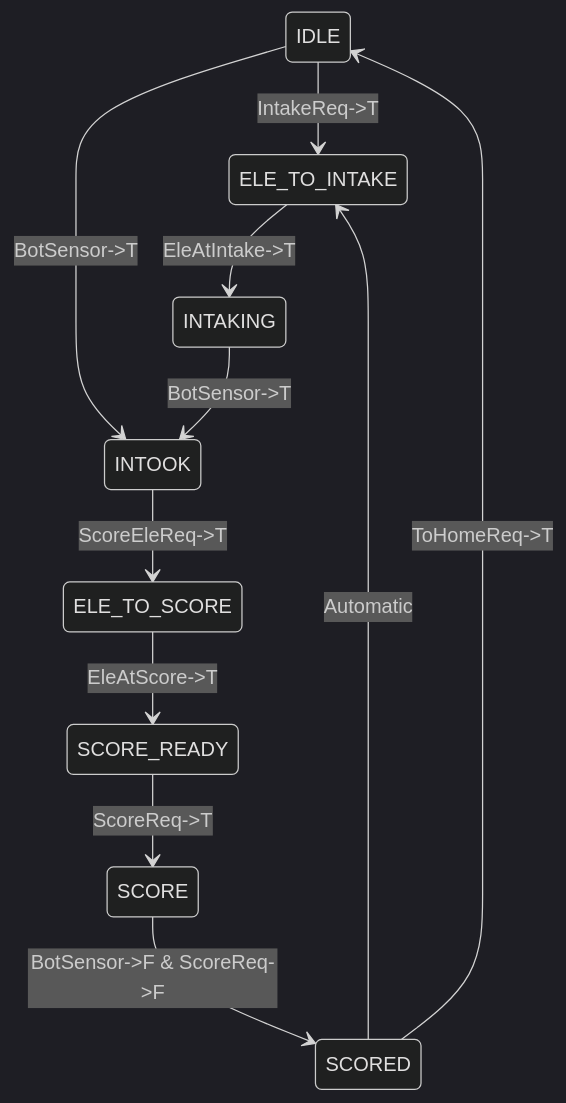
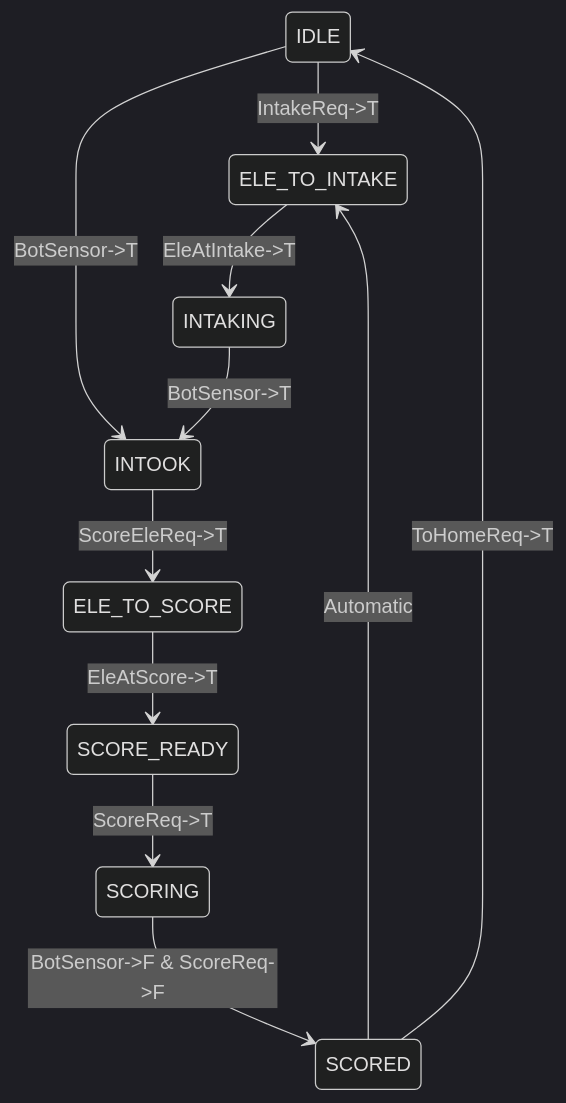
The diagram in docs/Superstructure.md (WaltonRobotics/Reefscape), drawn with Mermaid (dark theme) before and after one commit. The commit also changed other lines of this file and 1 other file, not shown here.

Commit message:
trigs config'd

````diff
--- a/docs/Superstructure.md
+++ b/docs/Superstructure.md
@@ -17,23 +17,23 @@
 ```mermaid
 stateDiagram
     state "IDLE" as s1
     state "ELE_TO_INTAKE" as s2
     state "INTAKING" as s3
     state "INTOOK" as s4
     state "ELE_TO_SCORE" as s5
     state "SCORE_READY" as s6
-    state "SCORE" as s7
+    state "SCORING" as s7
     state "SCORED" as s8
 
     s1 --> s2: IntakeReq->T
     s1 --> s4: BotSensor->T
     s2 --> s3: EleAtIntake->T
     s3 --> s4: BotSensor->T
     s4 --> s5: ScoreEleReq->T
     s5 --> s6: EleAtScore->T
     s6 --> s7: ScoreReq->T
     s7 --> s8: BotSensor->F & ScoreReq->F
     s8 --> s2: Automatic
     s8 --> s1: ToHomeReq->T
 
 ```
````
